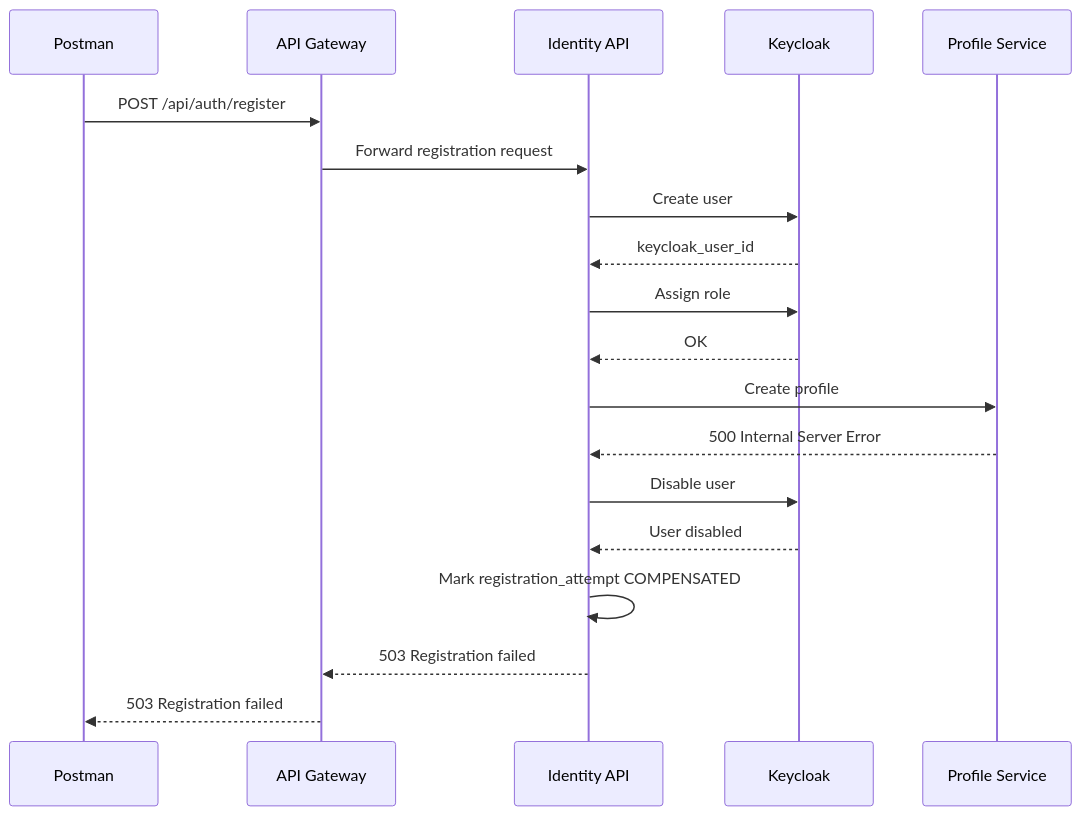
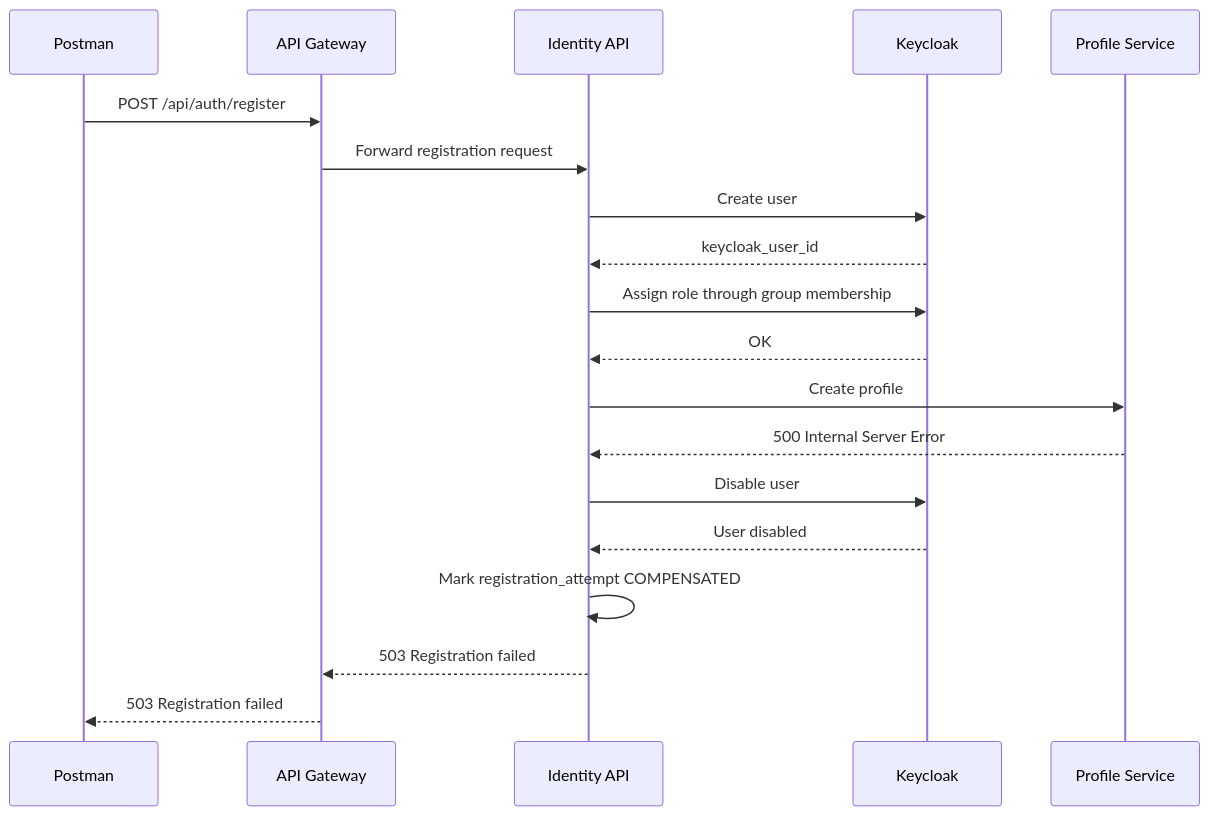
The fifth of 17 diagrams in README.md (thisdudkin/estate-booking-platform), drawn with Mermaid before and after one commit. The commit also changed other lines of this file, not shown here.

Commit message:
#47: Define Identity API Data Model Schema

````diff
--- a/README.md
+++ b/README.md
@@ -347,21 +354,21 @@
 ```mermaid
 sequenceDiagram
     participant C as Postman
     participant G as API Gateway
     participant I as Identity API
     participant K as Keycloak
     participant P as Profile Service
     C ->> G: POST /api/auth/register
     G ->> I: Forward registration request
     I ->> K: Create user
     K -->> I: keycloak_user_id
-    I ->> K: Assign role
+    I ->> K: Assign role through group membership
     K -->> I: OK
     I ->> P: Create profile
     P -->> I: 500 Internal Server Error
     I ->> K: Disable user
     K -->> I: User disabled
     I ->> I: Mark registration_attempt COMPENSATED
     I -->> G: 503 Registration failed
     G -->> C: 503 Registration failed
 ```
````
